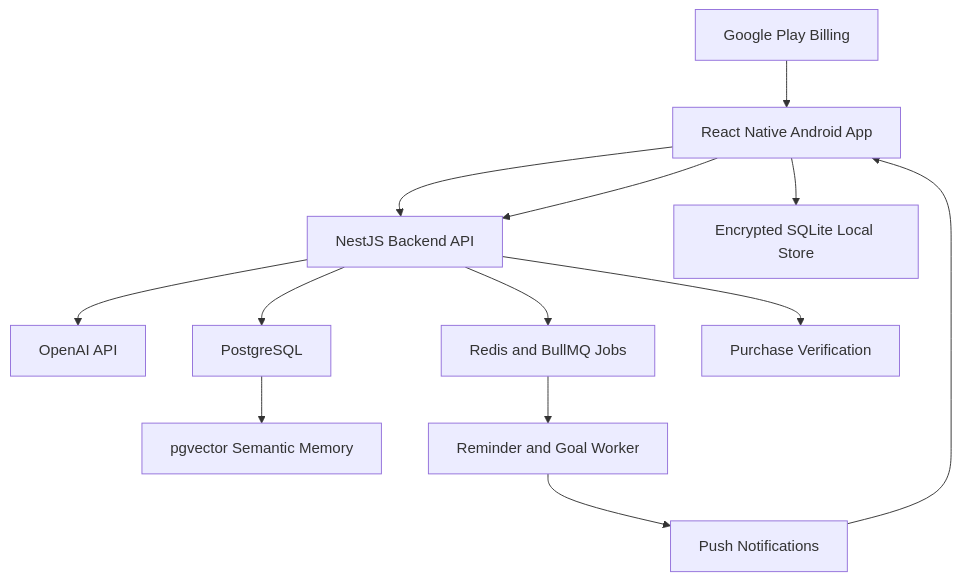
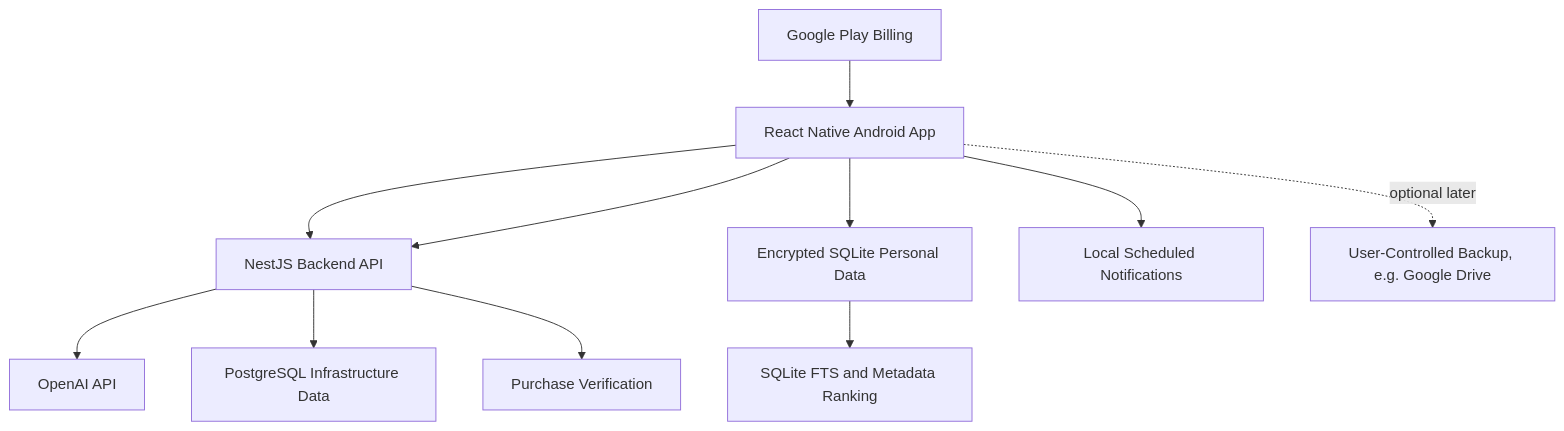
One commit to DamirAkzhigitov/Commity changed the diagram in docs/architecture.md. Above: the diagram before and after it, drawn with Mermaid. The commit also changed other lines of this file and 2 other files, not shown here.

````diff
--- a/docs/architecture.md
+++ b/docs/architecture.md
@@ -28,15 +32,13 @@
 ```mermaid
 flowchart TD
   mobileApp["React Native Android App"] --> api["NestJS Backend API"]
   api --> openai["OpenAI API"]
-  api --> postgres["PostgreSQL"]
-  postgres --> pgvector["pgvector Semantic Memory"]
-  api --> jobs["Redis and BullMQ Jobs"]
-  jobs --> reminderWorker["Reminder and Goal Worker"]
-  reminderWorker --> push["Push Notifications"]
-  push --> mobileApp
-  mobileApp --> localDb["Encrypted SQLite Local Store"]
+  api --> infraDb["PostgreSQL Infrastructure Data"]
+  mobileApp --> localDb["Encrypted SQLite Personal Data"]
+  localDb --> fts["SQLite FTS and Metadata Ranking"]
+  mobileApp --> notifications["Local Scheduled Notifications"]
+  mobileApp -. "optional later" .-> drive["User-Controlled Backup, e.g. Google Drive"]
   billing["Google Play Billing"] --> mobileApp
   mobileApp --> api
   api --> purchaseVerify["Purchase Verification"]
 ```
````
